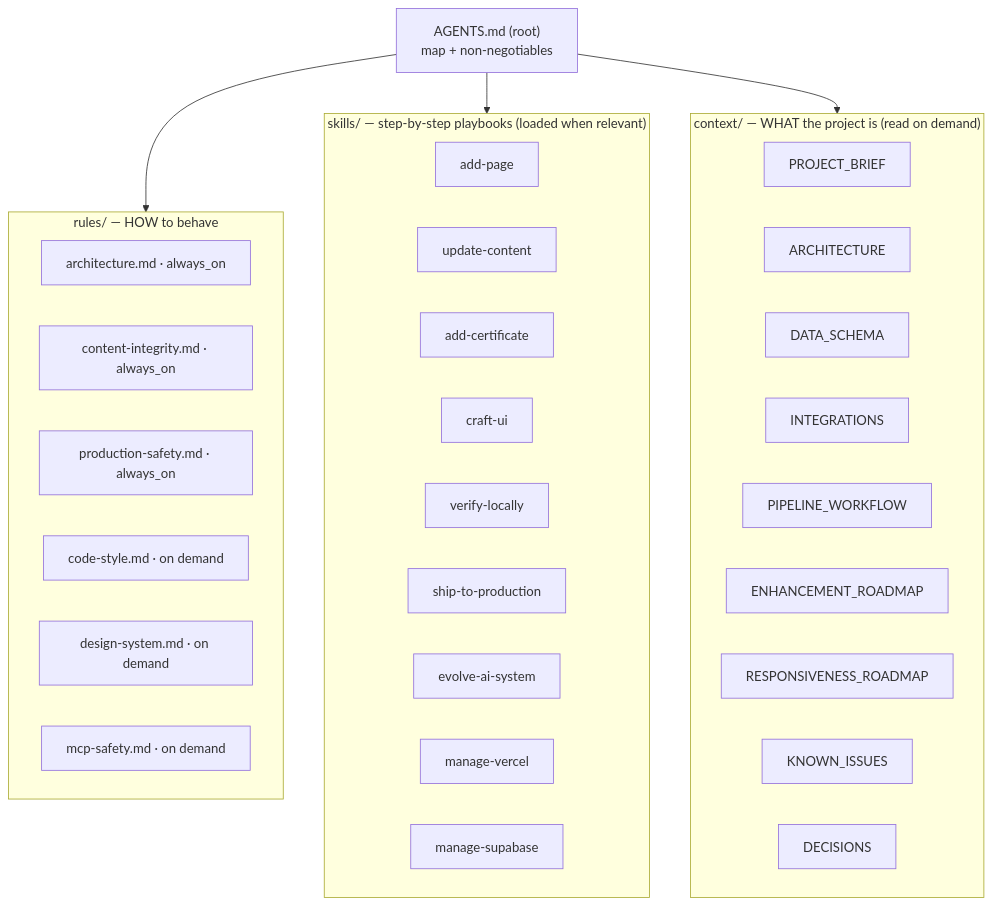
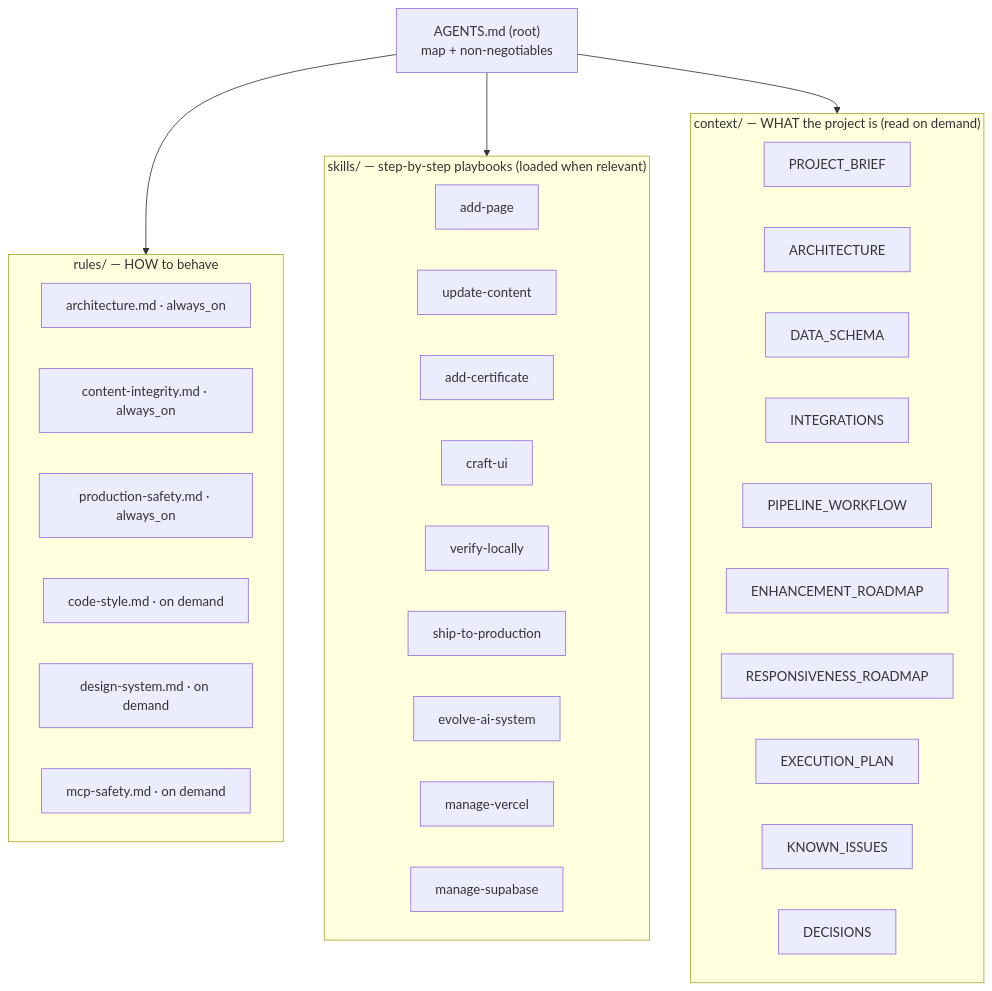
One commit to RoldanGaspar/Portfolio_Brylim_inspo changed the diagram in .agents/README.md. Above: the diagram before and after it, drawn with Mermaid. The commit also changed other lines of this file and 2 other files, not shown here.

Commit message:
docs(context): add master EXECUTION_PLAN.md and index in AGENTS.md

````diff
--- a/.agents/README.md
+++ b/.agents/README.md
@@ -7,36 +7,37 @@
 ```mermaid
 flowchart TD
     A["AGENTS.md (root)<br/>map + non-negotiables"] --> R
     subgraph R["rules/ — HOW to behave"]
         R1["architecture.md · always_on"]
         R2["content-integrity.md · always_on"]
         R3["production-safety.md · always_on"]
         R4["code-style.md · on demand"]
         R5["design-system.md · on demand"]
         R6["mcp-safety.md · on demand"]
     end
     A --> S
     subgraph S["skills/ — step-by-step playbooks (loaded when relevant)"]
         S1[add-page]
         S2[update-content]
         S3[add-certificate]
         S4[craft-ui]
         S5[verify-locally]
         S6[ship-to-production]
         S7[evolve-ai-system]
         S8[manage-vercel]
         S9[manage-supabase]
     end
     A --> C
     subgraph C["context/ — WHAT the project is (read on demand)"]
         C1[PROJECT_BRIEF]
         C2[ARCHITECTURE]
         C3[DATA_SCHEMA]
         C4[INTEGRATIONS]
         C5[PIPELINE_WORKFLOW]
         C6[ENHANCEMENT_ROADMAP]
         C7[RESPONSIVENESS_ROADMAP]
-        C8[KNOWN_ISSUES]
-        C9[DECISIONS]
+        C8[EXECUTION_PLAN]
+        C9[KNOWN_ISSUES]
+        C10[DECISIONS]
     end
 ```
````
